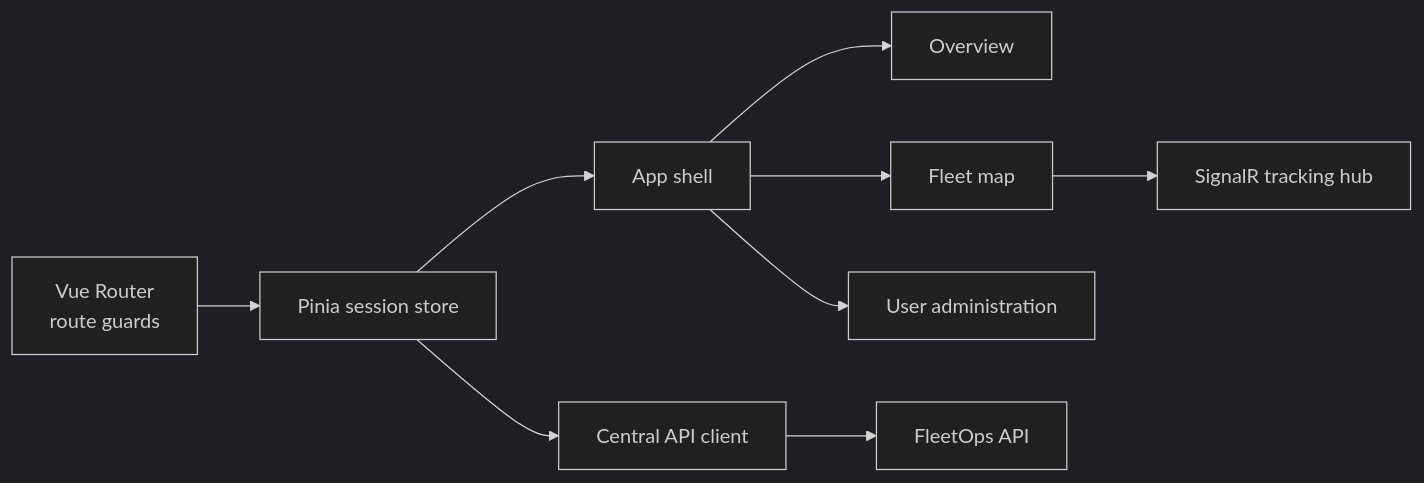
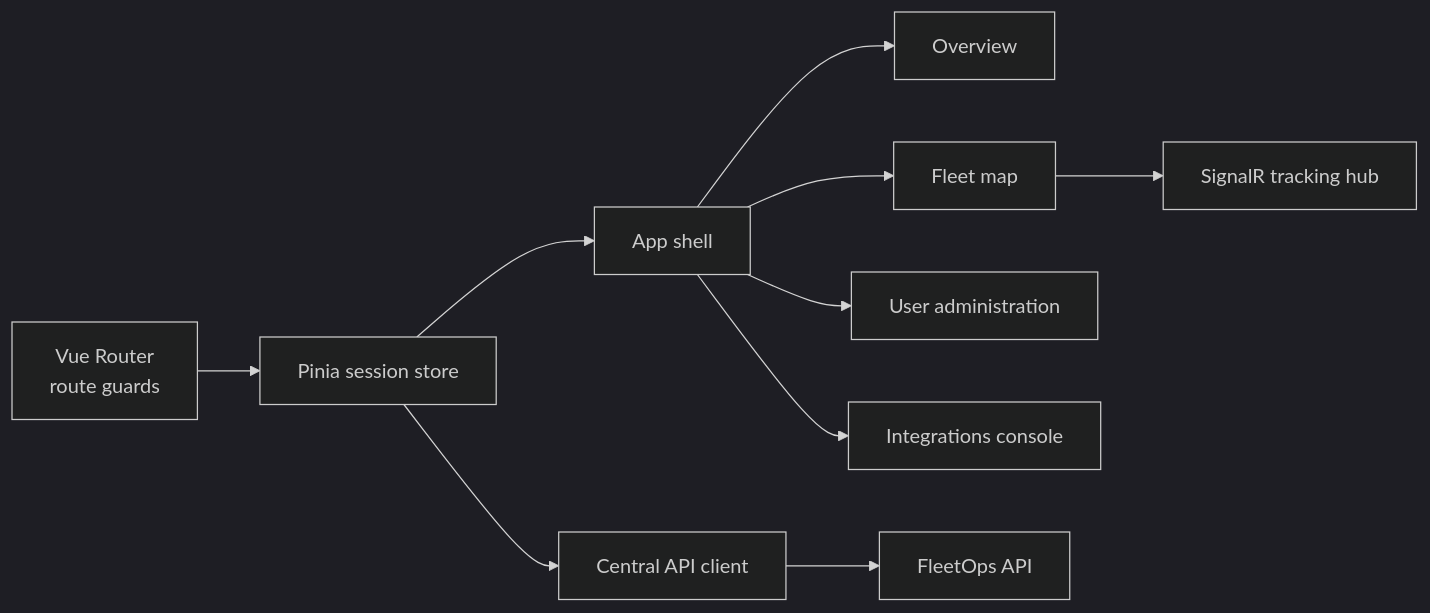
Before and after one commit to VirgileDjimgou/Orkystra: diagram 12 of 12 in README.md, drawn with Mermaid (dark theme). The commit also changed other lines of this file and 164 other files, not shown here.

````diff
--- a/README.md
+++ b/README.md
@@ -311,11 +470,12 @@
 ```mermaid
 flowchart LR
     Router["Vue Router<br/>route guards"] --> Session["Pinia session store"]
     Session --> ApiClient["Central API client"]
     Session --> Shell["App shell"]
     Shell --> Dashboard["Overview"]
     Shell --> Map["Fleet map"]
     Shell --> Admin["User administration"]
+    Shell --> Integrations["Integrations console"]
     Map --> SignalR["SignalR tracking hub"]
     ApiClient --> Backend["FleetOps API"]
 ```
````
